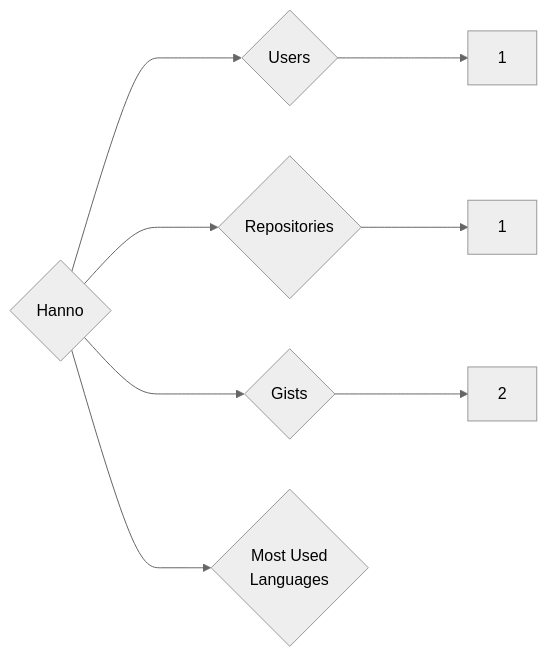
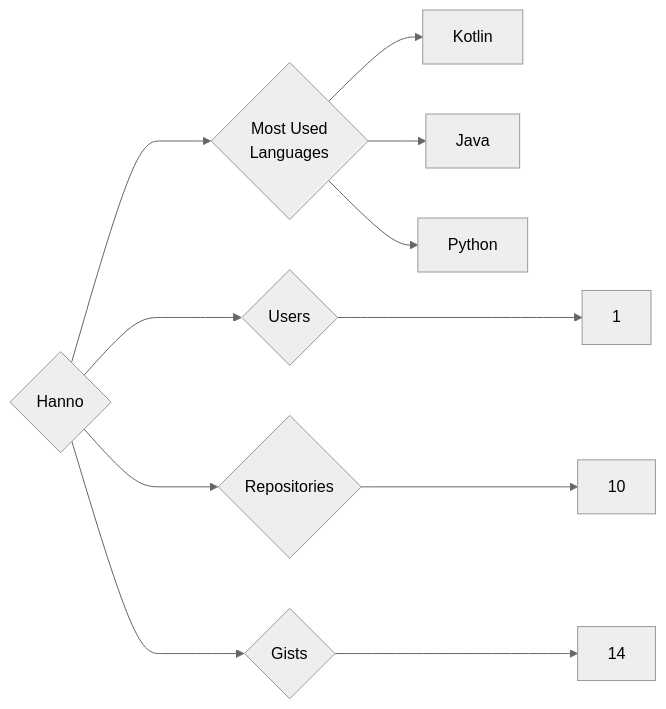
The diagram in targets/Hanno/README.md (trickest/insiders), drawn with Mermaid (neutral theme) before and after one commit. The commit also changed 1238 other files, not shown here.

````diff
--- a/targets/Hanno/README.md
+++ b/targets/Hanno/README.md
@@ -3,8 +3,11 @@
 ```mermaid
 graph LR
 COMPANY_NAME{Hanno}
 COMPANY_NAME ---> U{Users} ---> UN[1]
-COMPANY_NAME ---> R{Repositories} ---> RN[1]
-COMPANY_NAME ---> G{Gists} ---> GN[2]
+COMPANY_NAME ---> R{Repositories} ---> RN[10]
+COMPANY_NAME ---> G{Gists} ---> GN[14]
 COMPANY_NAME ---> ML{Most Used<br>Languages}
+ML --> Kotlin[Kotlin]
+ML --> Java[Java]
+ML --> Python[Python]
 ```
````
